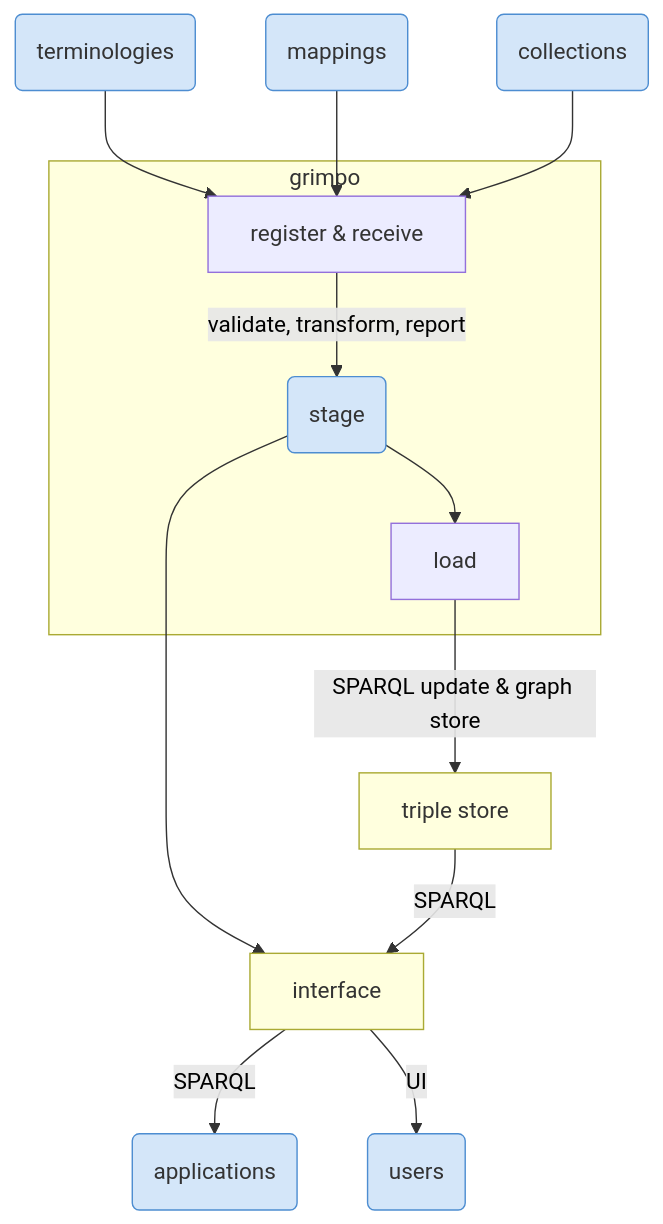
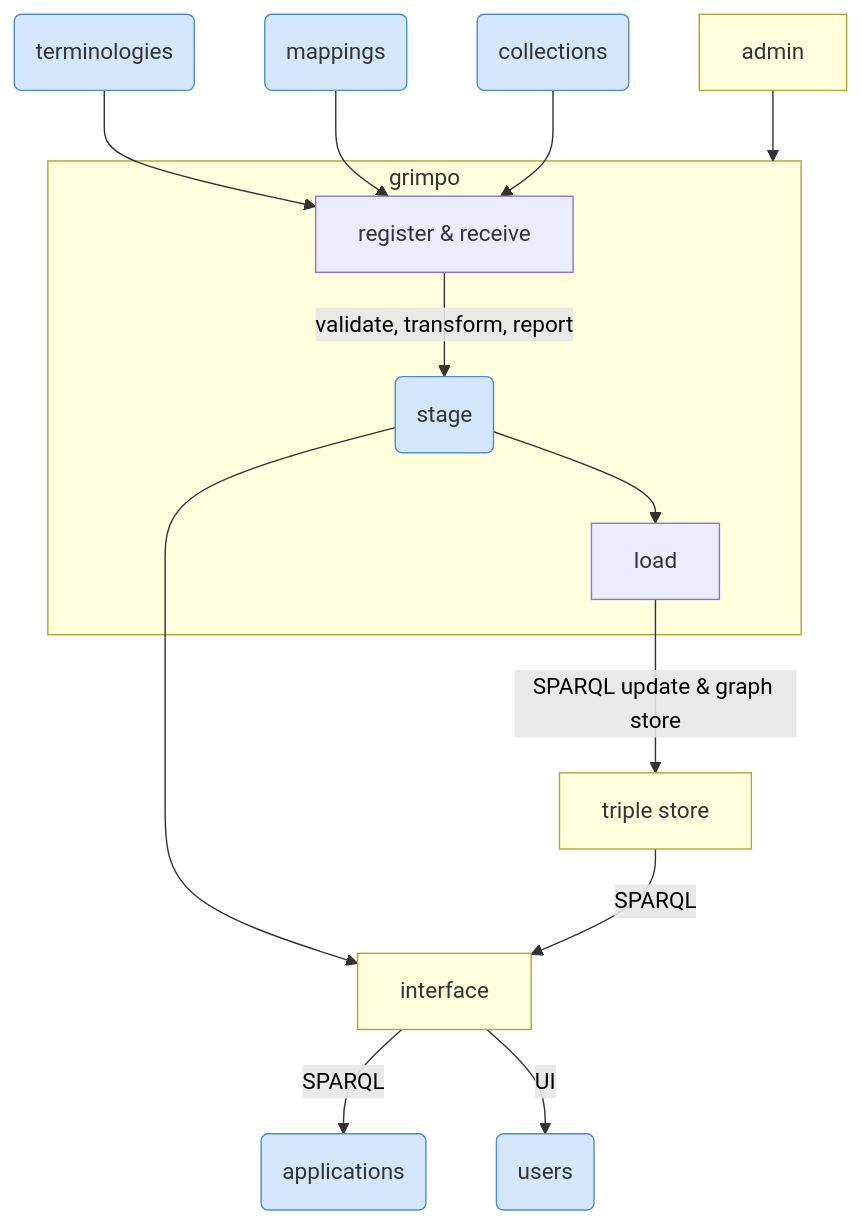
One commit to nfdi4objects/grimpo changed the first of 3 diagrams in README.md. Above: the diagram before and after it, drawn with Mermaid. The commit also changed other lines of this file and 2 other files, not shown here.

````diff
--- a/README.md
+++ b/README.md
@@ -80,27 +81,28 @@
 ```mermaid
 graph TD
     terminologies(terminologies) --> receive
     mappings(mappings) --> receive
     collections(collections) --> receive
     stage(stage)
-    subgraph importer [grimpo]
+    subgraph grimpo [grimpo]
         receive[register & receive]
         receive -- validate, transform, report --> stage
         stage --> load
         load
     end
+    admin --> grimpo
     kg[triple store]
     stage --> interface[interface]
     kg -- SPARQL --> interface
     interface -- SPARQL --> apps(applications)
     load -- SPARQL update & graph store --> kg
     interface --UI--> users(users)
     
-classDef data stroke:#4d8dd1, fill:#D4E6F9, color:#333;
-classDef prime fill: #ECECFF, color:#333, stroke:#9370DB;
-classDef box fill:#ffffde, stroke:#aaaa33, color:#333;
+classDef data stroke: #4d8dd1, fill: #D4E6F9, color:#333;
+classDef prime fill: #ECECFF, stroke: #9370DB, color:#333;
+classDef box fill: #ffffde, stroke: #aaaa33, color:#333;
 class terminologies,mappings,collections,stage,apps,users data;
-class receive,load,lido2rdf,web-app prime;
-class importer,kg,interface,lido box;
+class receive,load prime;
+class grimpo,kg,interface,admin box;
 linkStyle default color:black;
 ```
````
